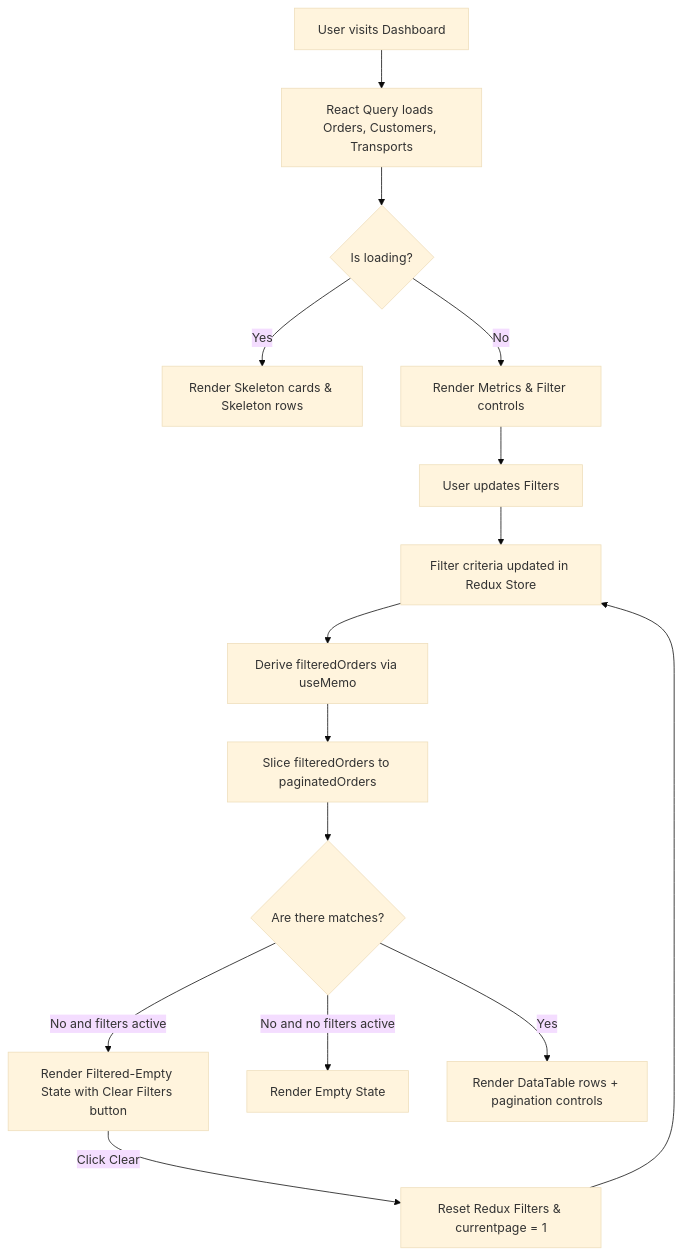
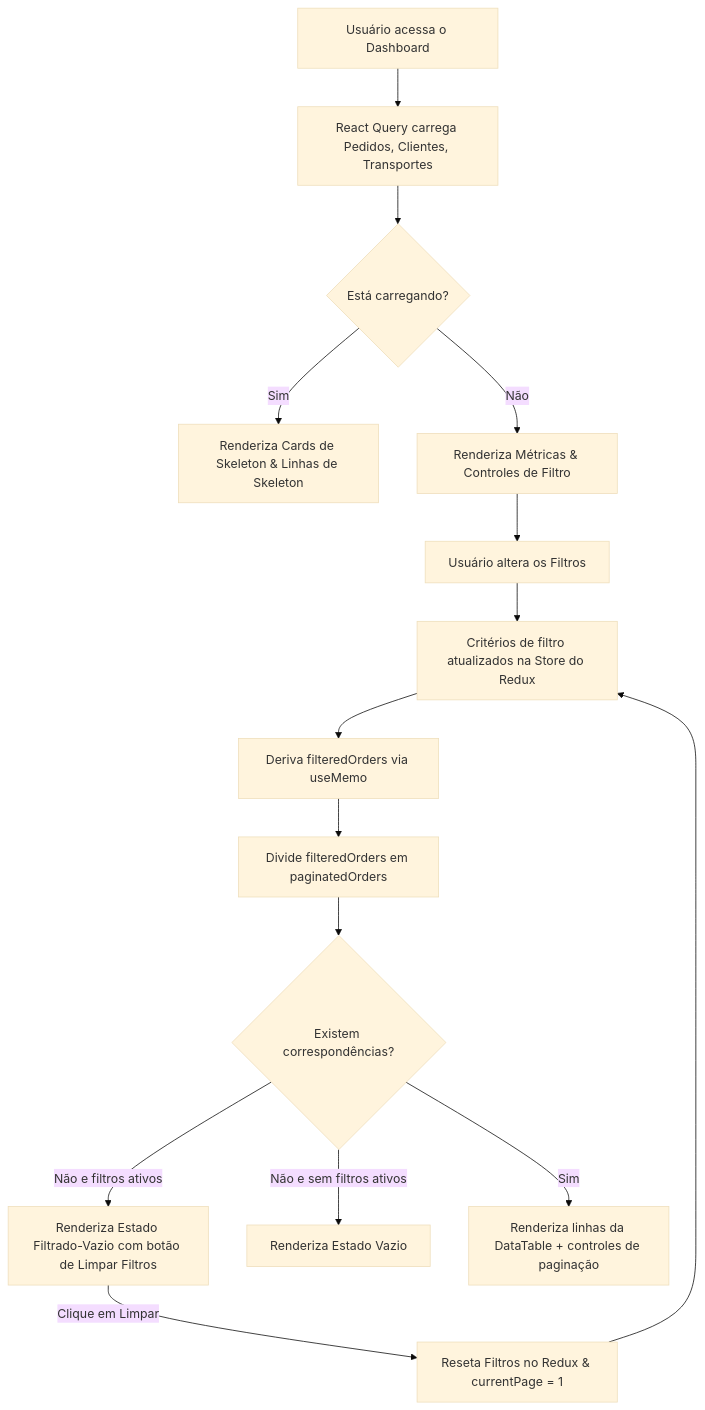
Before and after one commit to EdDevFront/sales-order-management-system: the diagram in docs/dashboard/README.md, drawn with Mermaid (base theme). The commit also changed other lines of this file and 5 other files, not shown here.

Commit message:
docs: translate documentation markdown and mermaid diagrams to Portuguese

````diff
--- a/docs/dashboard/README.md
+++ b/docs/dashboard/README.md
@@ -12,17 +12,17 @@
 ```mermaid
 graph TD
-    A[User visits Dashboard] --> B[React Query loads Orders, Customers, Transports]
-    B --> C{Is loading?}
-    C -- Yes --> D[Render Skeleton cards & Skeleton rows]
-    C -- No --> E[Render Metrics & Filter controls]
-    E --> F[User updates Filters]
-    F --> G[Filter criteria updated in Redux Store]
-    G --> H[Derive filteredOrders via useMemo]
-    H --> I[Slice filteredOrders to paginatedOrders]
-    I --> J{Are there matches?}
-    J -- No and filters active --> K[Render Filtered-Empty State with Clear Filters button]
-    J -- No and no filters active --> L[Render Empty State]
-    J -- Yes --> M[Render DataTable rows + pagination controls]
-    K -- Click Clear --> N[Reset Redux Filters & currentpage = 1]
+    A[Usuário acessa o Dashboard] --> B[React Query carrega Pedidos, Clientes, Transportes]
+    B --> C{Está carregando?}
+    C -- Sim --> D[Renderiza Cards de Skeleton & Linhas de Skeleton]
+    C -- Não --> E[Renderiza Métricas & Controles de Filtro]
+    E --> F[Usuário altera os Filtros]
+    F --> G[Critérios de filtro atualizados na Store do Redux]
+    G --> H[Deriva filteredOrders via useMemo]
+    H --> I[Divide filteredOrders em paginatedOrders]
+    I --> J{Existem correspondências?}
+    J -- Não e filtros ativos --> K[Renderiza Estado Filtrado-Vazio com botão de Limpar Filtros]
+    J -- Não e sem filtros ativos --> L[Renderiza Estado Vazio]
+    J -- Sim --> M[Renderiza linhas da DataTable + controles de paginação]
+    K -- Clique em Limpar --> N[Reseta Filtros no Redux & currentPage = 1]
     N --> G
 ```
````
